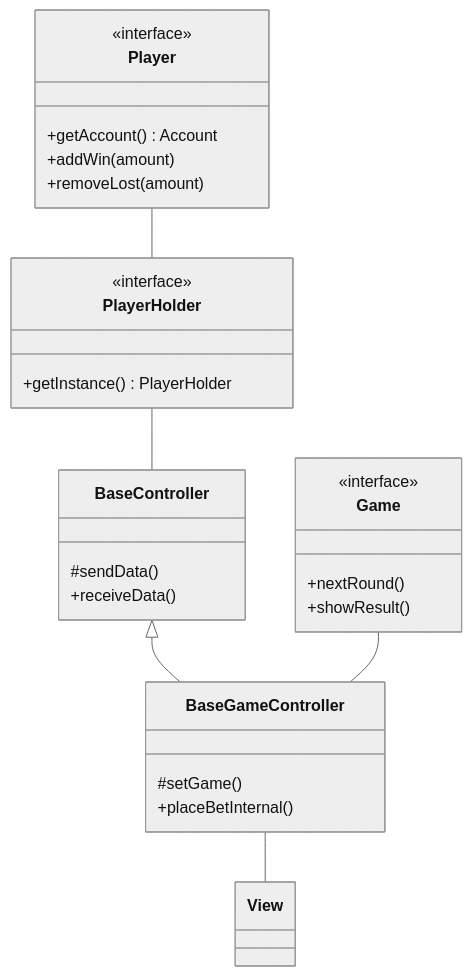
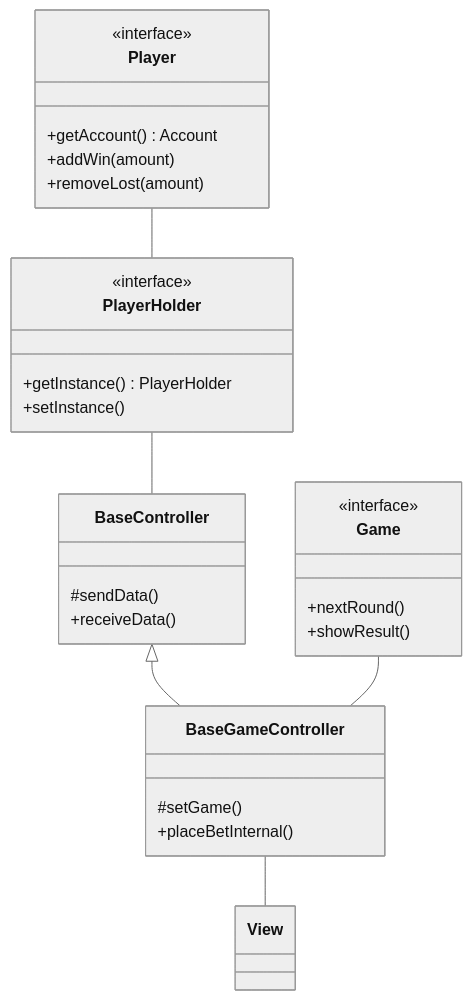
The second of 5 diagrams in Relazione.md (MatteoCalvanico/pss23-Calvanico-Monti-Ghinelli-VirtualCasino), drawn with Mermaid (neutral theme) before and after one commit. The commit also changed other lines of this file, not shown here.

````diff
--- a/Relazione.md
+++ b/Relazione.md
@@ -90,40 +90,41 @@
 ```mermaid
 classDiagram
 class Player {
     +getAccount() Account
     +addWin(amount)
     +removeLost(amount)
 }
 <<interface>> Player
 
 class PlayerHolder {
     +getInstance() PlayerHolder
+    +setInstance()
 }
 <<interface>> PlayerHolder
 
 class Game {
     +nextRound()
     +showResult()    
 }
 <<interface>> Game
 
 class BaseController {
     #sendData()
     +receiveData()
 }
 <<interface>> Game
 
 class BaseGameController {
     #setGame()
     +placeBetInternal()
 }
 <<interface>> Game
 
 class View
 
 Player -- PlayerHolder
 PlayerHolder -- BaseController
 BaseController <|-- BaseGameController
 Game -- BaseGameController
 BaseGameController -- View
 ```
````
